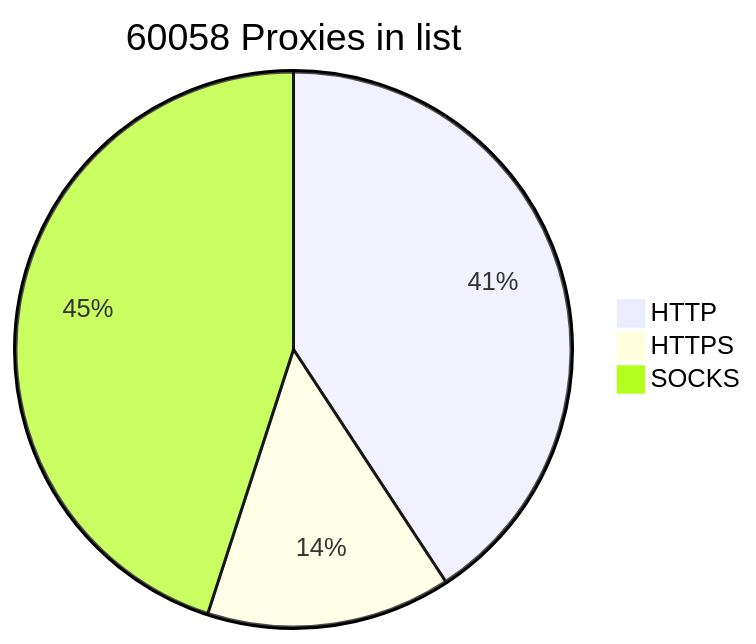
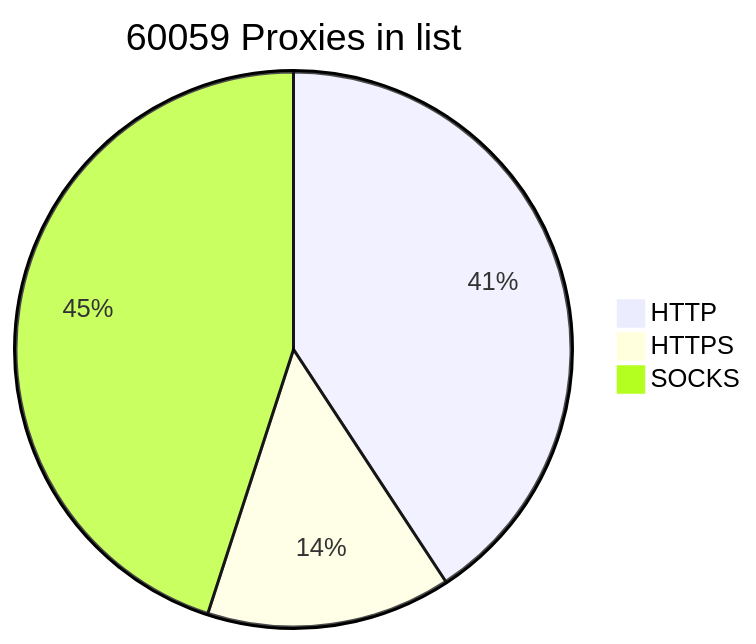
Before and after one commit to BlackSnowDot/proxylist-update-every-minute: the diagram in README.md, drawn with Mermaid.

````diff
--- a/README.md
+++ b/README.md
@@ -2,6 +2,6 @@
 ```mermaid
-pie title 60058 Proxies in list
+pie title 60059 Proxies in list
     "HTTP" : 27689
-    "HTTPS": 9671
+    "HTTPS": 9672
     "SOCKS" : 30572
 ```
````
